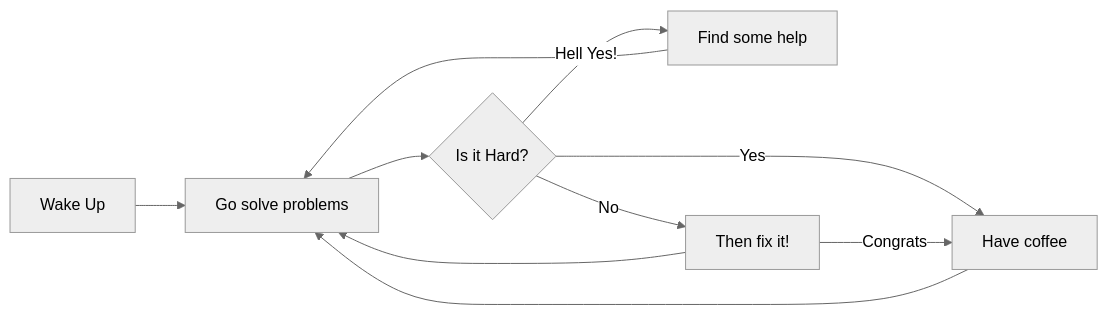
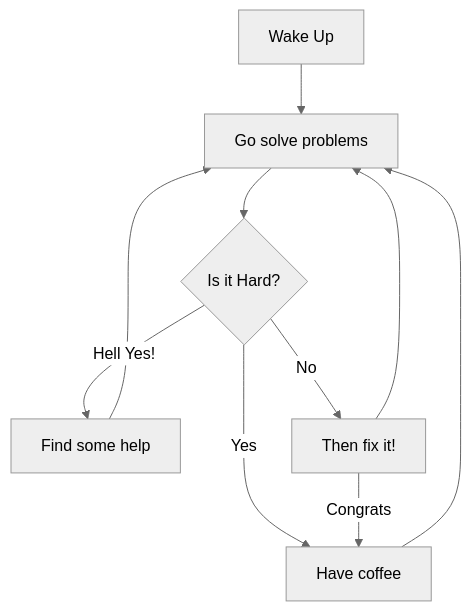
Before and after one commit to mbesson/mbesson: the diagram in README.md, drawn with Mermaid (neutral theme).

Commit message:
[MBE]: Top Down flow chart

````diff
--- a/README.md
+++ b/README.md
@@ -76,12 +76,12 @@
 ```mermaid
-  flowchart LR
+  flowchart TD
     B[Wake Up] --> D[Go solve problems]
     D --> E{Is it Hard?}
     E -->|Yes| F[Have coffee]
     E -->|Hell Yes!| G[Find some help]
     E -->|No| H[Then fix it!]
     H -->|Congrats| F
     F --> D
     G --> D
     H --> D
 ```
````
